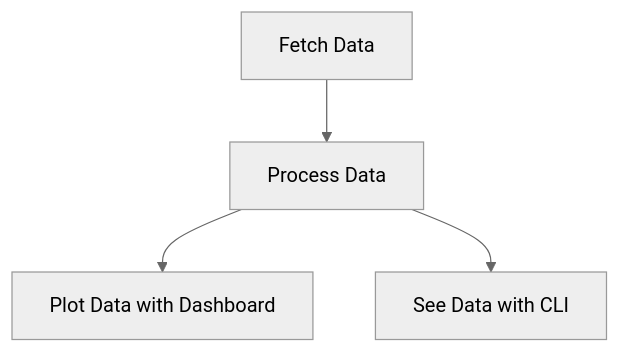
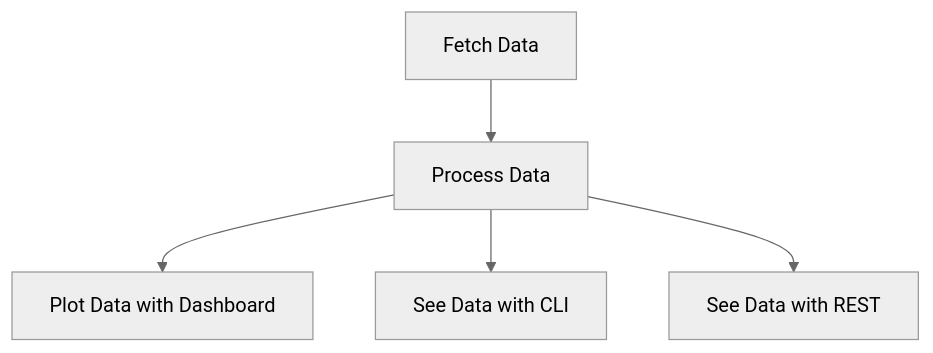
Before and after one commit to marabesi/software-metrics-machine: the diagram in docs/what-is-smm.md, drawn with Mermaid (neutral theme). The commit also changed 2 other files, not shown here.

Commit message:
docs: updated content code

````diff
--- a/docs/what-is-smm.md
+++ b/docs/what-is-smm.md
@@ -36,6 +36,7 @@
 ```mermaid
 flowchart TD
     A[Fetch Data] --> B[Process Data]
     B --> C[Plot Data with Dashboard]
     B --> D[See Data with CLI]
+    B --> E[See Data with REST]
 ```
````
